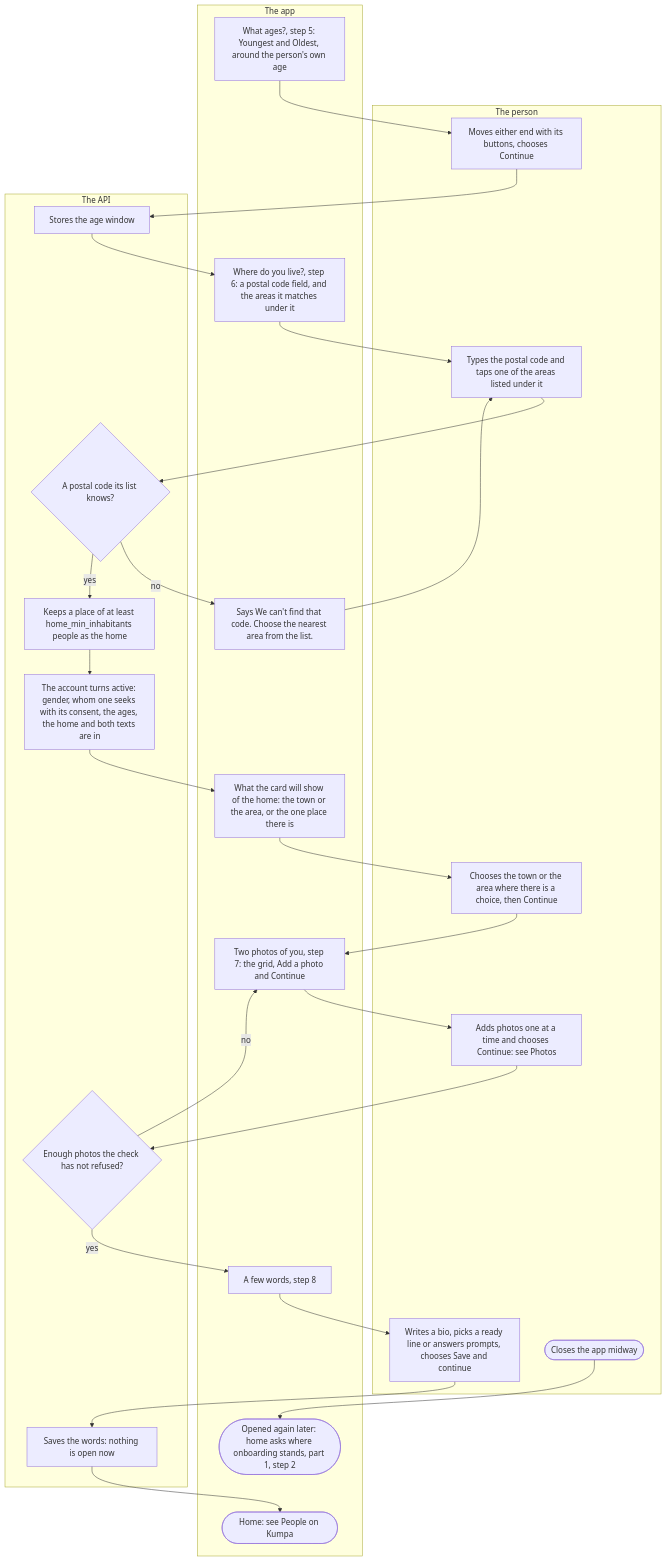
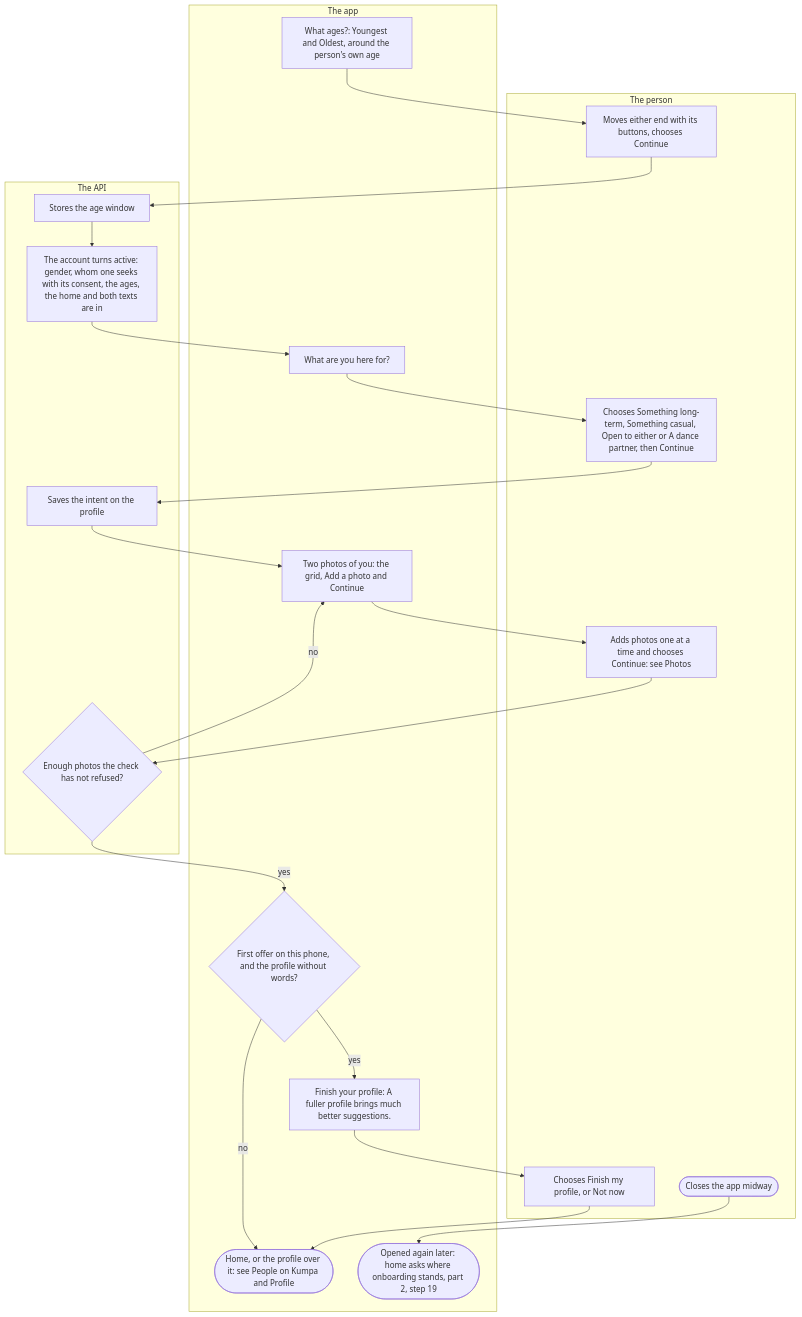
One commit to kuutti-ry/kumpa-app changed the fourth of 4 diagrams in docs/flows/onboarding.md. Above: the diagram before and after it, drawn with Mermaid. The commit also changed other lines of this file and 90 other files, not shown here.

````diff
--- a/docs/flows/onboarding.md
+++ b/docs/flows/onboarding.md
@@ -178,51 +237,43 @@
 ```mermaid
 flowchart TB
-  accTitle: Onboarding, part 3: the ages, the home, photos and a few words
-  accDescr: Steps 5 to 8. The person sets the age window with buttons, types their home postal code and taps its area, chooses what their card shows of the home, adds photos on the step itself and writes a few words. The account turns active once the home is in. Onboarding ends at home when nothing is open. A person who leaves midway comes back where they stopped.
+  accTitle: Onboarding, part 4: after the bank: the ages, the intent, photos and the offer
+  accDescr: The person sets the age window with buttons, chooses what they are here for, and adds photos on the step itself; no step is numbered. The account turns active once the ages are in with the answers saved after the bank. A walk that asked something ends on one offer to finish the profile, shown once on a phone while the profile has no words, then home. A person who leaves midway comes back where they stopped.
   subgraph person["The person"]
-    s39["Moves either end with its buttons, chooses Continue"]
-    s42["Types the postal code and taps one of the areas listed under it"]
-    s48["Chooses the town or the area where there is a choice, then Continue"]
-    s50["Adds photos one at a time and chooses Continue: see Photos"]
-    s53["Writes a bio, picks a ready line or answers prompts, chooses Save and continue"]
-    s56(["Closes the app midway"])
+    s52["Moves either end with its buttons, chooses Continue"]
+    s56["Chooses Something long-term, Something casual, Open to either or A dance partner, then Continue"]
+    s59["Adds photos one at a time and chooses Continue: see Photos"]
+    s63["Chooses Finish my profile, or Not now"]
+    s65(["Closes the app midway"])
   end
   subgraph app["The app"]
-    s38["What ages?, step 5: Youngest and Oldest, around the person's own age"]
-    s41["Where do you live?, step 6: a postal code field, and the areas it matches under it"]
-    s44["Says We can't find that code. Choose the nearest area from the list."]
-    s47["What the card will show of the home: the town or the area, or the one place there is"]
-    s49["Two photos of you, step 7: the grid, Add a photo and Continue"]
-    s52["A few words, step 8"]
-    s55(["Home: see People on Kumpa"])
-    s57(["Opened again later: home asks where onboarding stands, part 1, step 2"])
+    s51["What ages?: Youngest and Oldest, around the person's own age"]
+    s55["What are you here for?"]
+    s58["Two photos of you: the grid, Add a photo and Continue"]
+    s61{"First offer on this phone, and the profile without words?"}
+    s62["Finish your profile: A fuller profile brings much better suggestions."]
+    s64(["Home, or the profile over it: see People on Kumpa and Profile"])
+    s66(["Opened again later: home asks where onboarding stands, part 2, step 19"])
   end
   subgraph api["The API"]
-    s40["Stores the age window"]
-    s43{"A postal code its list knows?"}
-    s45["Keeps a place of at least home_min_inhabitants people as the home"]
-    s46["The account turns active: gender, whom one seeks with its consent, the ages, the home and both texts are in"]
-    s51{"Enough photos the check has not refused?"}
-    s54["Saves the words: nothing is open now"]
+    s53["Stores the age window"]
+    s54["The account turns active: gender, whom one seeks with its consent, the ages, the home and both texts are in"]
+    s57["Saves the intent on the profile"]
+    s60{"Enough photos the check has not refused?"}
   end
-  s38 --> s39
-  s39 --> s40
-  s40 --> s41
-  s41 --> s42
-  s42 --> s43
-  s43 -->|"no"| s44
-  s44 --> s42
-  s43 -->|"yes"| s45
-  s45 --> s46
-  s46 --> s47
-  s47 --> s48
-  s48 --> s49
-  s49 --> s50
-  s50 --> s51
-  s51 -->|"no"| s49
-  s51 -->|"yes"| s52
+  s51 --> s52
   s52 --> s53
   s53 --> s54
   s54 --> s55
+  s55 --> s56
   s56 --> s57
+  s57 --> s58
+  s58 --> s59
+  s59 --> s60
+  s60 -->|"no"| s58
+  s60 -->|"yes"| s61
+  s61 -->|"yes"| s62
+  s61 -->|"no"| s64
+  s62 --> s63
+  s63 --> s64
+  s65 --> s66
 ```
````
